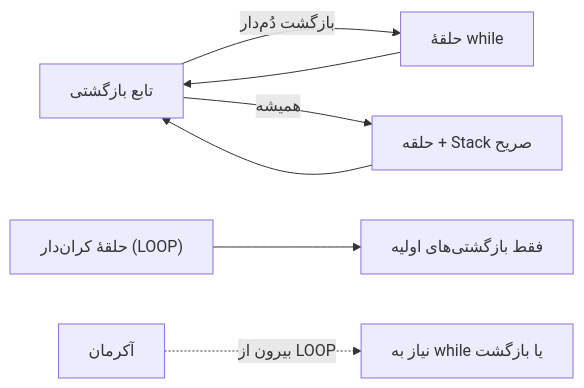
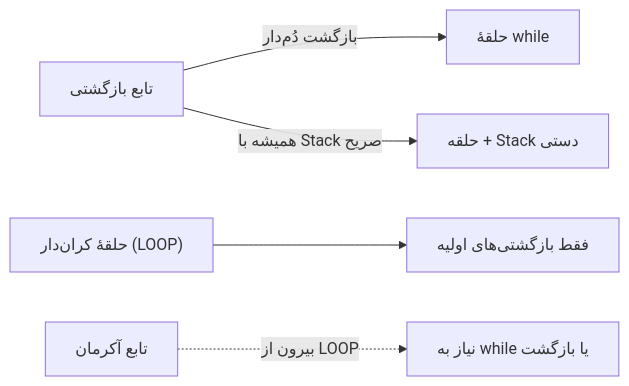
One commit to fum-cs/fundamentals-of-programming changed the seventh of 9 diagrams in book/lessons/ch04-functions-recursion/supplementary.md. Above: the diagram before and after it, drawn with Mermaid. The commit also changed other lines of this file and 63 other files, not shown here.

````diff
--- a/book/lessons/ch04-functions-recursion/supplementary.md
+++ b/book/lessons/ch04-functions-recursion/supplementary.md
@@ -513,9 +895,7 @@
 ```mermaid
 flowchart LR
     R["تابع بازگشتی"] -- بازگشت دُم‌دار --> L["حلقهٔ while"]
-    R -- همیشه --> S["حلقه + Stack صریح"]
-    L --> R
-    S --> R
+    R -- همیشه با Stack صریح --> S["حلقه + Stack دستی"]
     B["حلقهٔ کران‌دار (LOOP)"] --> P["فقط بازگشتی‌های اولیه"]
-    A["آکرمان"] -. بیرون از LOOP .-> W["نیاز به while یا بازگشت"]
+    A["تابع آکرمان"] -. بیرون از LOOP .-> W["نیاز به while یا بازگشت"]
 ```
````
